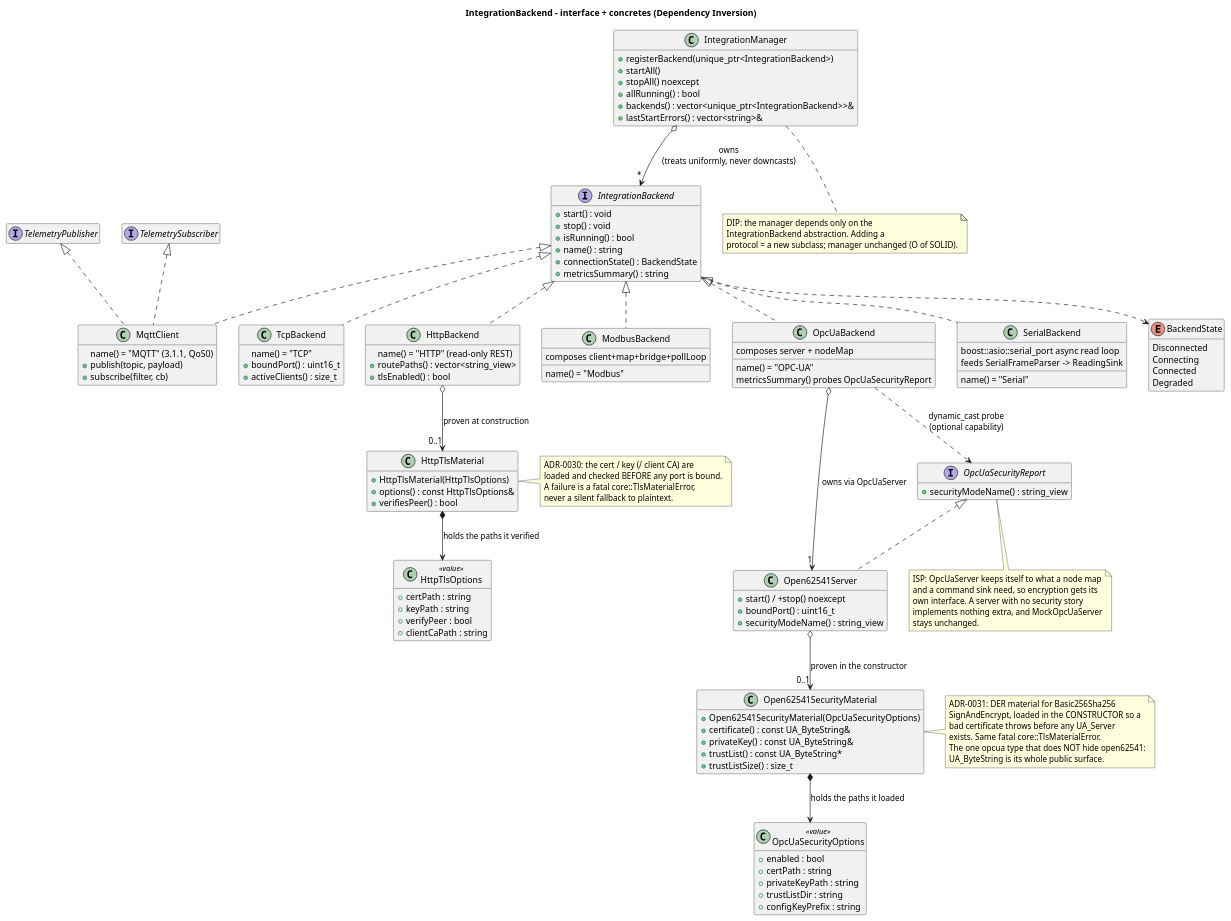
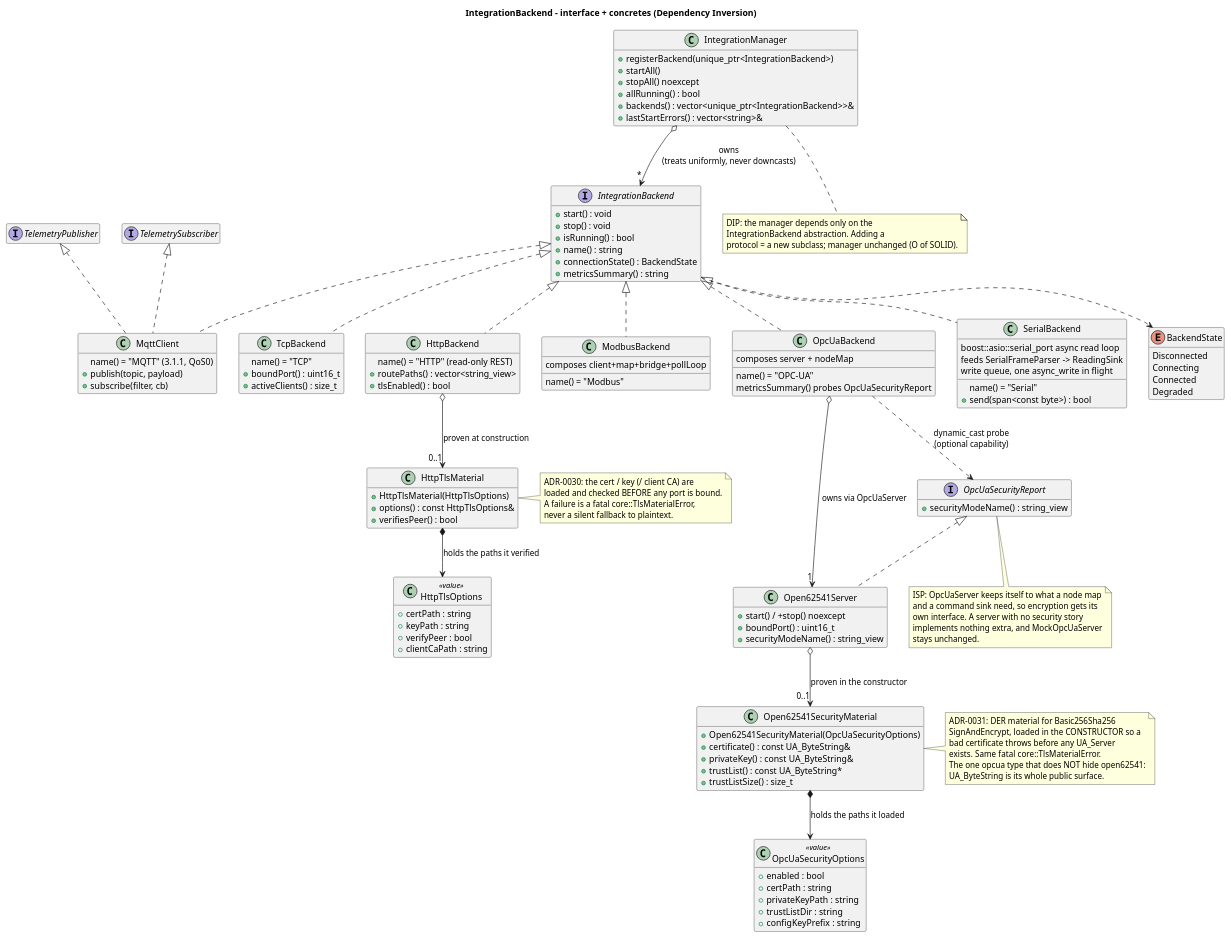
Before and after one commit to bogdanbaloi/industrial-hmi: the diagram in docs/uml/class-integration-backend.puml, drawn with PlantUML. The commit also changed 7 other files, not shown here.

```diff
--- a/docs/uml/class-integration-backend.puml
+++ b/docs/uml/class-integration-backend.puml
@@ -1,170 +1,172 @@
 @startuml class-integration-backend
 ' Class diagram: IntegrationBackend interface + concrete backends (DIP).
 '
 ' Grounded in real source:
 '   - src/integration/IntegrationBackend.h  (interface + BackendState enum)
 '   - src/integration/IntegrationManager.h  (owns backends by interface)
 '   - src/integration/TcpBackend.h
 '   - src/integration/MqttClient.h  (also TelemetryPublisher/Subscriber)
 '   - src/integration/HttpBackend.h
 '   - src/integration/HttpTlsMaterial.h / HttpTlsOptions.h
 '   - src/integration/modbus/ModbusBackend.h
 '   - src/integration/opcua/OpcUaBackend.h
 '   - src/integration/opcua/Open62541SecurityMaterial.h
 '   - src/integration/opcua/OpcUaSecurityOptions.h / OpcUaSecurityReport.h
 ' Signatures copied verbatim from those headers.
 
 title IntegrationBackend - interface + concretes (Dependency Inversion)
 
 skinparam shadowing false
 hide empty members
 
 enum BackendState {
   Disconnected
   Connecting
   Connected
   Degraded
 }
 
 interface IntegrationBackend {
   +start() : void
   +stop() : void
   +isRunning() : bool
   +name() : string
   +connectionState() : BackendState
   +metricsSummary() : string
 }
 IntegrationBackend ..> BackendState
 
 class IntegrationManager {
   +registerBackend(unique_ptr<IntegrationBackend>)
   +startAll()
   +stopAll() noexcept
   +allRunning() : bool
   +backends() : vector<unique_ptr<IntegrationBackend>>&
   +lastStartErrors() : vector<string>&
 }
 IntegrationManager o--> "*" IntegrationBackend : owns\n(treats uniformly, never downcasts)
 
 class TcpBackend {
   name() = "TCP"
   +boundPort() : uint16_t
   +activeClients() : size_t
 }
 class MqttClient {
   name() = "MQTT" (3.1.1, QoS0)
   +publish(topic, payload)
   +subscribe(filter, cb)
 }
 class HttpBackend {
   name() = "HTTP" (read-only REST)
   +routePaths() : vector<string_view>
   +tlsEnabled() : bool
 }
 
 class HttpTlsOptions <<value>> {
   +certPath : string
   +keyPath : string
   +verifyPeer : bool
   +clientCaPath : string
 }
 
 class HttpTlsMaterial {
   +HttpTlsMaterial(HttpTlsOptions)
   +options() : const HttpTlsOptions&
   +verifiesPeer() : bool
 }
 class ModbusBackend {
   name() = "Modbus"
   composes client+map+bridge+pollLoop
 }
 class OpcUaBackend {
   name() = "OPC-UA"
   composes server + nodeMap
   metricsSummary() probes OpcUaSecurityReport
 }
 
 interface OpcUaSecurityReport {
   +securityModeName() : string_view
 }
 
 class Open62541Server {
   +start() / +stop() noexcept
   +boundPort() : uint16_t
   +securityModeName() : string_view
 }
 
 class OpcUaSecurityOptions <<value>> {
   +enabled : bool
   +certPath : string
   +privateKeyPath : string
   +trustListDir : string
   +configKeyPrefix : string
 }
 
 class Open62541SecurityMaterial {
   +Open62541SecurityMaterial(OpcUaSecurityOptions)
   +certificate() : const UA_ByteString&
   +privateKey() : const UA_ByteString&
   +trustList() : const UA_ByteString*
   +trustListSize() : size_t
 }
 class SerialBackend {
   name() = "Serial"
   boost::asio::serial_port async read loop
   feeds SerialFrameParser -> ReadingSink
+  +send(span<const byte>) : bool
+  write queue, one async_write in flight
 }
 
 interface TelemetryPublisher
 interface TelemetrySubscriber
 
 IntegrationBackend <|.. TcpBackend
 IntegrationBackend <|.. MqttClient
 IntegrationBackend <|.. HttpBackend
 IntegrationBackend <|.. ModbusBackend
 IntegrationBackend <|.. OpcUaBackend
 IntegrationBackend <|.. SerialBackend
 
 TelemetryPublisher  <|.. MqttClient
 TelemetrySubscriber <|.. MqttClient
 
 HttpBackend o--> "0..1" HttpTlsMaterial : proven at construction
 HttpTlsMaterial *--> HttpTlsOptions : holds the paths it verified
 
 OpcUaSecurityReport <|.. Open62541Server
 OpcUaBackend o--> "1" Open62541Server : owns via OpcUaServer
 OpcUaBackend ..> OpcUaSecurityReport : dynamic_cast probe\n(optional capability)
 Open62541Server o--> "0..1" Open62541SecurityMaterial : proven in the constructor
 Open62541SecurityMaterial *--> OpcUaSecurityOptions : holds the paths it loaded
 
 note right of HttpTlsMaterial
   ADR-0030: the cert / key (/ client CA) are
   loaded and checked BEFORE any port is bound.
   A failure is a fatal core::TlsMaterialError,
   never a silent fallback to plaintext.
 end note
 
 note right of Open62541SecurityMaterial
   ADR-0031: DER material for Basic256Sha256
   SignAndEncrypt, loaded in the CONSTRUCTOR so a
   bad certificate throws before any UA_Server
   exists. Same fatal core::TlsMaterialError.
   The one opcua type that does NOT hide open62541:
   UA_ByteString is its whole public surface.
 end note
 
 note bottom of OpcUaSecurityReport
   ISP: OpcUaServer keeps itself to what a node map
   and a command sink need, so encryption gets its
   own interface. A server with no security story
   implements nothing extra, and MockOpcUaServer
   stays unchanged.
 end note
 
 note bottom of IntegrationManager
   DIP: the manager depends only on the
   IntegrationBackend abstraction. Adding a
   protocol = a new subclass; manager unchanged (O of SOLID).
 end note
 
 @enduml
```
